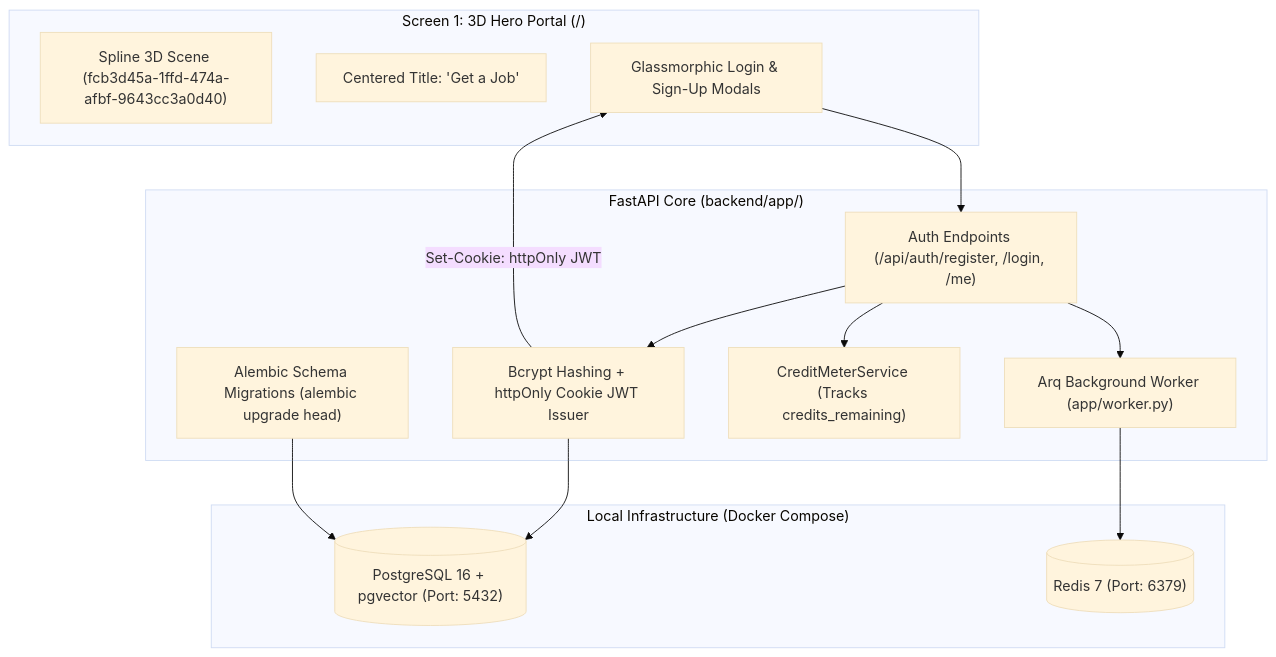
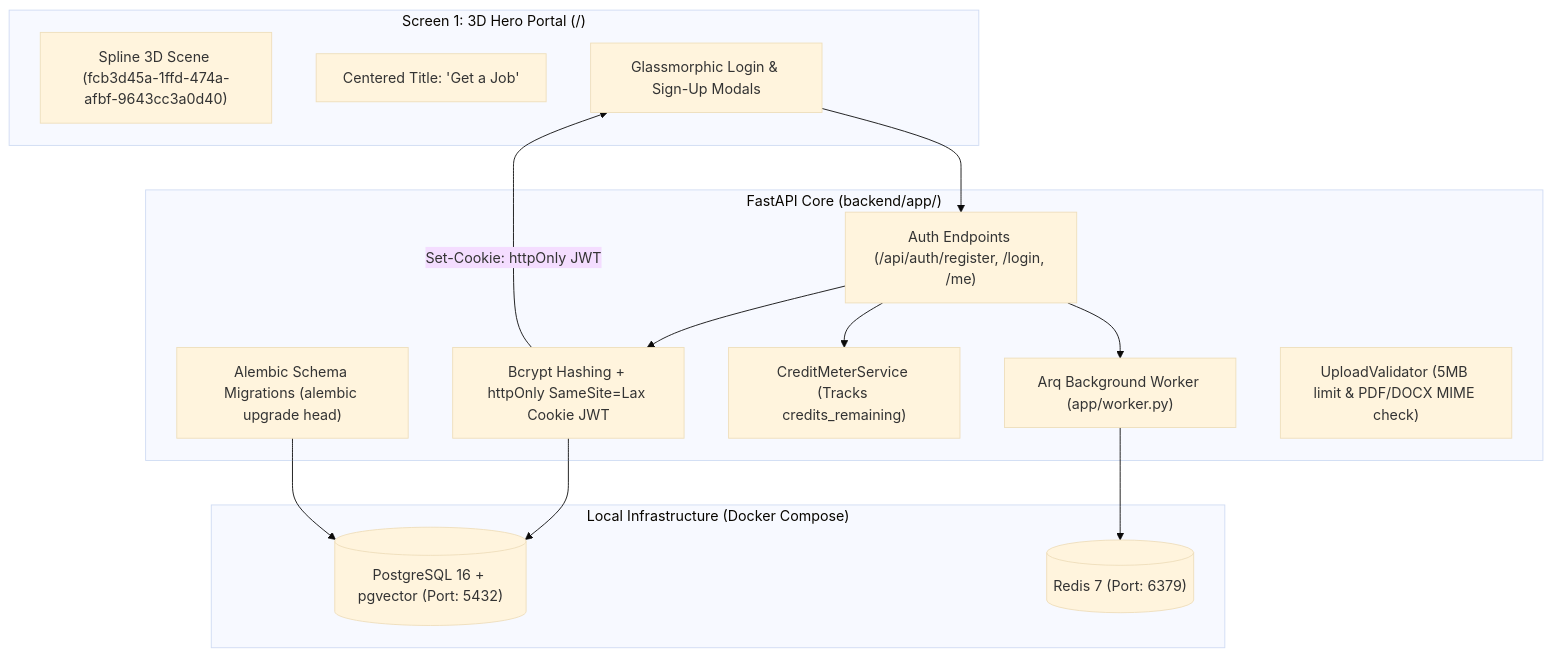
The first of 7 diagrams in Docs/IMPLEMENTATION_PLAN.md (creed-online/getaJob.ai), drawn with Mermaid (base theme) before and after one commit. The commit also changed other lines of this file and 5 other files, not shown here.

Commit message:
feat: scaffold production codebase structure and finalize v2 architecture docs

````diff
--- a/Docs/IMPLEMENTATION_PLAN.md
+++ b/Docs/IMPLEMENTATION_PLAN.md
@@ -48,27 +47,28 @@
 ```mermaid
 flowchart TD
     subgraph Infra ["Local Infrastructure (Docker Compose)"]
         Docker_PG[("PostgreSQL 16 + pgvector (Port: 5432)")]
         Docker_Redis[("Redis 7 (Port: 6379)")]
     end
 
     subgraph S1_UI ["Screen 1: 3D Hero Portal (/)"]
         SplineHero["Spline 3D Scene (fcb3d45a-1ffd-474a-afbf-9643cc3a0d40)"]
         Title["Centered Title: 'Get a Job'"]
         AuthModals["Glassmorphic Login & Sign-Up Modals"]
     end
 
     subgraph BackendGateway ["FastAPI Core (backend/app/)"]
         EP_Auth["Auth Endpoints (/api/auth/register, /login, /me)"]
         Alembic["Alembic Schema Migrations (alembic upgrade head)"]
-        Security["Bcrypt Hashing + httpOnly Cookie JWT Issuer"]
+        Security["Bcrypt Hashing + httpOnly SameSite=Lax Cookie JWT"]
         CreditMeter["CreditMeterService (Tracks credits_remaining)"]
         ArqWorker["Arq Background Worker (app/worker.py)"]
+        UploadGuard["UploadValidator (5MB limit & PDF/DOCX MIME check)"]
     end
 
     AuthModals --> EP_Auth --> Security --> Docker_PG
     Security -->|Set-Cookie: httpOnly JWT| AuthModals
     Alembic --> Docker_PG
     EP_Auth --> CreditMeter
     EP_Auth --> ArqWorker --> Docker_Redis
 ```
````
